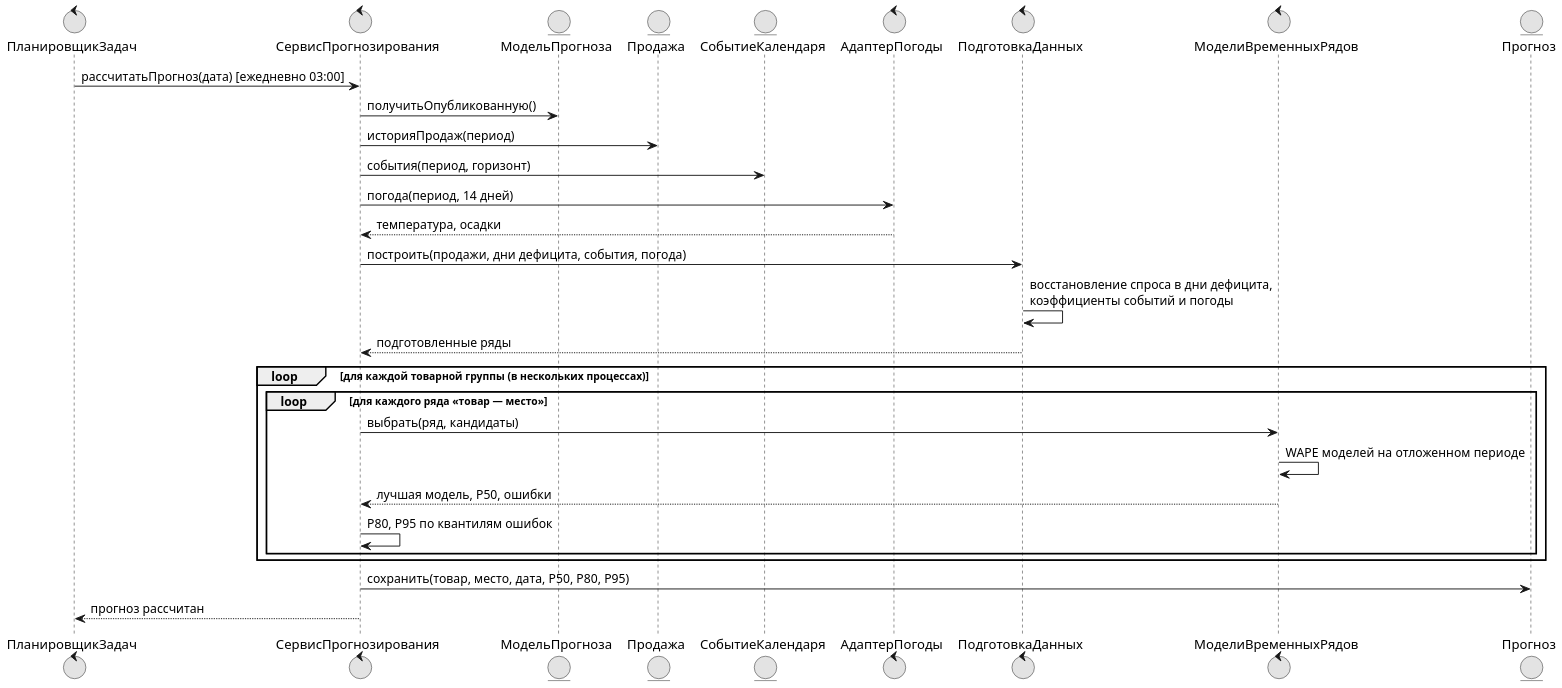
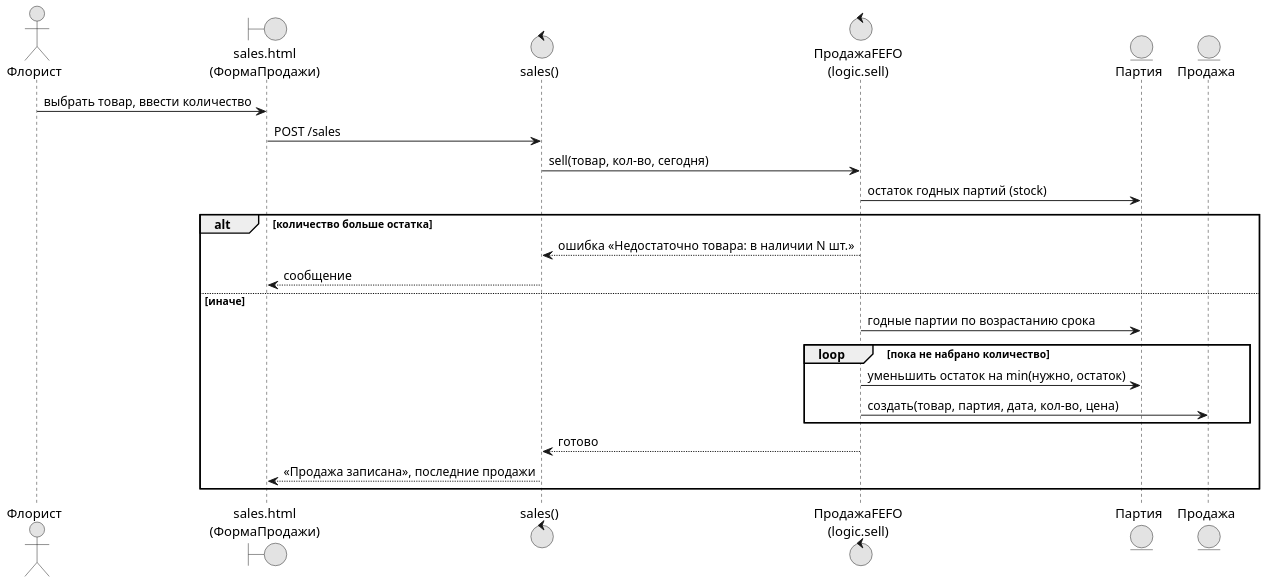
Before and after one commit to DarkSwordman999/flower-demand-planning: the diagram in diagrams/uml_seq_1.puml, drawn with PlantUML. The commit also changed 40 other files, not shown here.

Commit message:
ПР 5-6, 7-8, 9-10 под базовую редакцию: IDEF0/IDEF3 из пяти работ салона, UML по модулям app.py и logic.py, план из 12 этапов по датам ПР 3

```diff
--- a/diagrams/uml_seq_1.puml
+++ b/diagrams/uml_seq_1.puml
@@ -1,35 +1,29 @@
 @startuml
 !pragma layout smetana
 skinparam dpi 150
 skinparam defaultFontName Arial
 skinparam shadowing false
 skinparam monochrome true
-control "ПланировщикЗадач" as SCH
-control "СервисПрогнозирования" as S
-entity "МодельПрогноза" as M
-entity "Продажа" as PR
-entity "СобытиеКалендаря" as EV
-control "АдаптерПогоды" as W
-control "ПодготовкаДанных" as FB
-control "МоделиВременныхРядов" as TS
-entity "Прогноз" as F
-SCH -> S : рассчитатьПрогноз(дата) [ежедневно 03:00]
-S -> M : получитьОпубликованную()
-S -> PR : историяПродаж(период)
-S -> EV : события(период, горизонт)
-S -> W : погода(период, 14 дней)
-W --> S : температура, осадки
-S -> FB : построить(продажи, дни дефицита, события, погода)
-FB -> FB : восстановление спроса в дни дефицита,\nкоэффициенты событий и погоды
-FB --> S : подготовленные ряды
-loop для каждой товарной группы (в нескольких процессах)
-  loop для каждого ряда «товар — место»
-    S -> TS : выбрать(ряд, кандидаты)
-    TS -> TS : WAPE моделей на отложенном периоде
-    TS --> S : лучшая модель, P50, ошибки
-    S -> S : P80, P95 по квантилям ошибок
+actor "Флорист" as FL
+boundary "sales.html\n(ФормаПродажи)" as UI
+control "sales()" as C
+control "ПродажаFEFO\n(logic.sell)" as L
+entity "Партия" as P
+entity "Продажа" as S
+FL -> UI : выбрать товар, ввести количество
+UI -> C : POST /sales
+C -> L : sell(товар, кол-во, сегодня)
+L -> P : остаток годных партий (stock)
+alt количество больше остатка
+  L --> C : ошибка «Недостаточно товара: в наличии N шт.»
+  C --> UI : сообщение
+else иначе
+  L -> P : годные партии по возрастанию срока
+  loop пока не набрано количество
+    L -> P : уменьшить остаток на min(нужно, остаток)
+    L -> S : создать(товар, партия, дата, кол-во, цена)
   end
+  L --> C : готово
+  C --> UI : «Продажа записана», последние продажи
 end
-S -> F : сохранить(товар, место, дата, P50, P80, P95)
-S --> SCH : прогноз рассчитан
 @enduml
```
